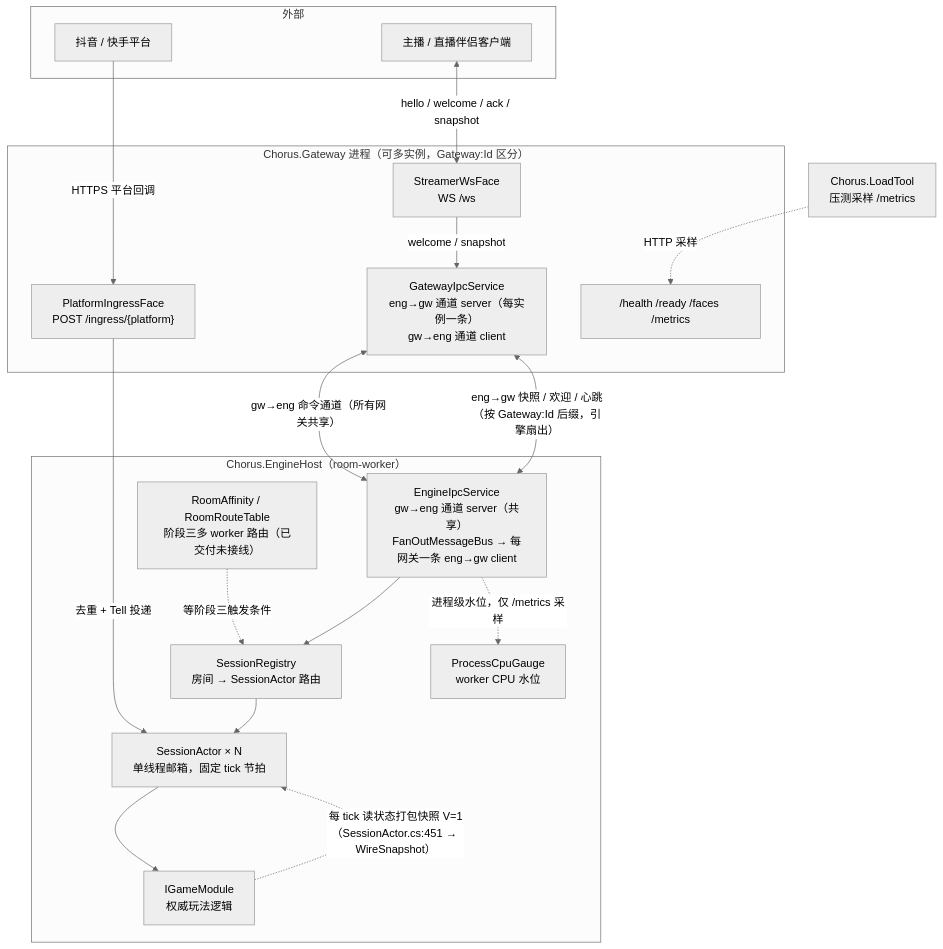
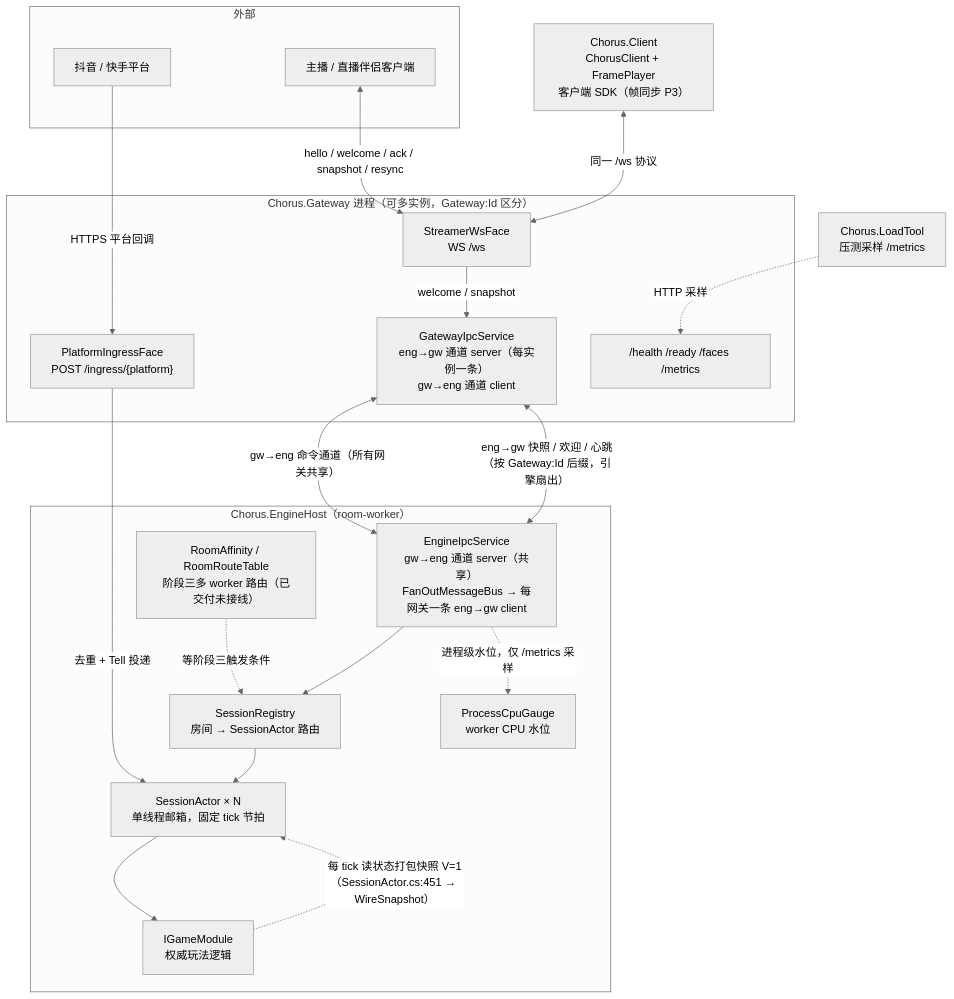
Before and after one commit to cuihairu/chorus: the diagram in docs/design/architecture-overview.md, drawn with Mermaid (neutral theme). The commit also changed 12 other files, not shown here.

Commit message:
feat: add minimal chorus client sdk

````diff
--- a/docs/design/architecture-overview.md
+++ b/docs/design/architecture-overview.md
@@ -11,37 +11,39 @@
 ```mermaid
 flowchart TB
   subgraph EXT["外部"]
     P["抖音 / 快手平台"]
     C["主播 / 直播伴侣客户端"]
   end
 
   subgraph GW["Chorus.Gateway 进程（可多实例，Gateway:Id 区分）"]
     INGRESS["PlatformIngressFace<br/>POST /ingress/{platform}"]
     WS["StreamerWsFace<br/>WS /ws"]
     OPS["/health /ready /faces /metrics"]
     GWIPC["GatewayIpcService<br/>eng→gw 通道 server（每实例一条）<br/>gw→eng 通道 client"]
   end
 
   subgraph WORKER["Chorus.EngineHost（room-worker）"]
     ENGIPC["EngineIpcService<br/>gw→eng 通道 server（共享）<br/>FanOutMessageBus → 每网关一条 eng→gw client"]
     REG["SessionRegistry<br/>房间 → SessionActor 路由"]
     SA["SessionActor × N<br/>单线程邮箱，固定 tick 节拍"]
     GM["IGameModule<br/>权威玩法逻辑"]
     RT["RoomAffinity / RoomRouteTable<br/>阶段三多 worker 路由（已交付未接线）"]
     CPU["ProcessCpuGauge<br/>worker CPU 水位"]
   end
 
   LOADTOOL["Chorus.LoadTool<br/>压测采样 /metrics"]
+  SDK["Chorus.Client<br/>ChorusClient + FramePlayer<br/>客户端 SDK（帧同步 P3）"]
 
   P -->|"HTTPS 平台回调"| INGRESS
-  C <-->|"hello / welcome / ack / snapshot"| WS
+  C <-->|"hello / welcome / ack / snapshot / resync"| WS
+  SDK <-->|"同一 /ws 协议"| WS
   INGRESS -->|"去重 + Tell 投递"| SA
   WS -->|"welcome / snapshot"| GWIPC
   GWIPC <-->|"gw→eng 命令通道（所有网关共享）"| ENGIPC
   ENGIPC <-->|"eng→gw 快照 / 欢迎 / 心跳（按 Gateway:Id 后缀，引擎扇出）"| GWIPC
   ENGIPC --> REG --> SA --> GM
   GM -.->|"每 tick 读状态打包快照 V=1（SessionActor.cs:451 → WireSnapshot）"| SA
   RT -.->|"等阶段三触发条件"| REG
   ENGIPC -.->|"进程级水位，仅 /metrics 采样"| CPU
   LOADTOOL -.->|"HTTP 采样"| OPS
 ```
````
